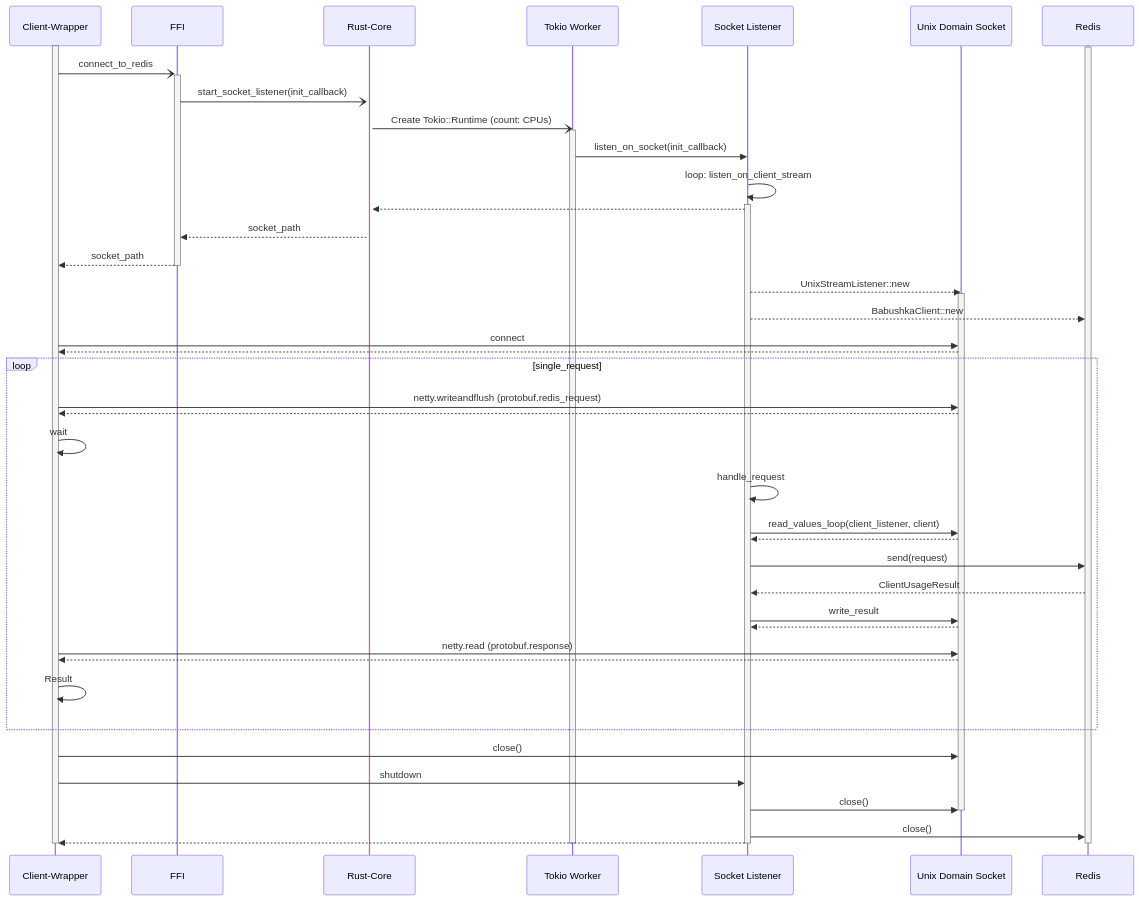
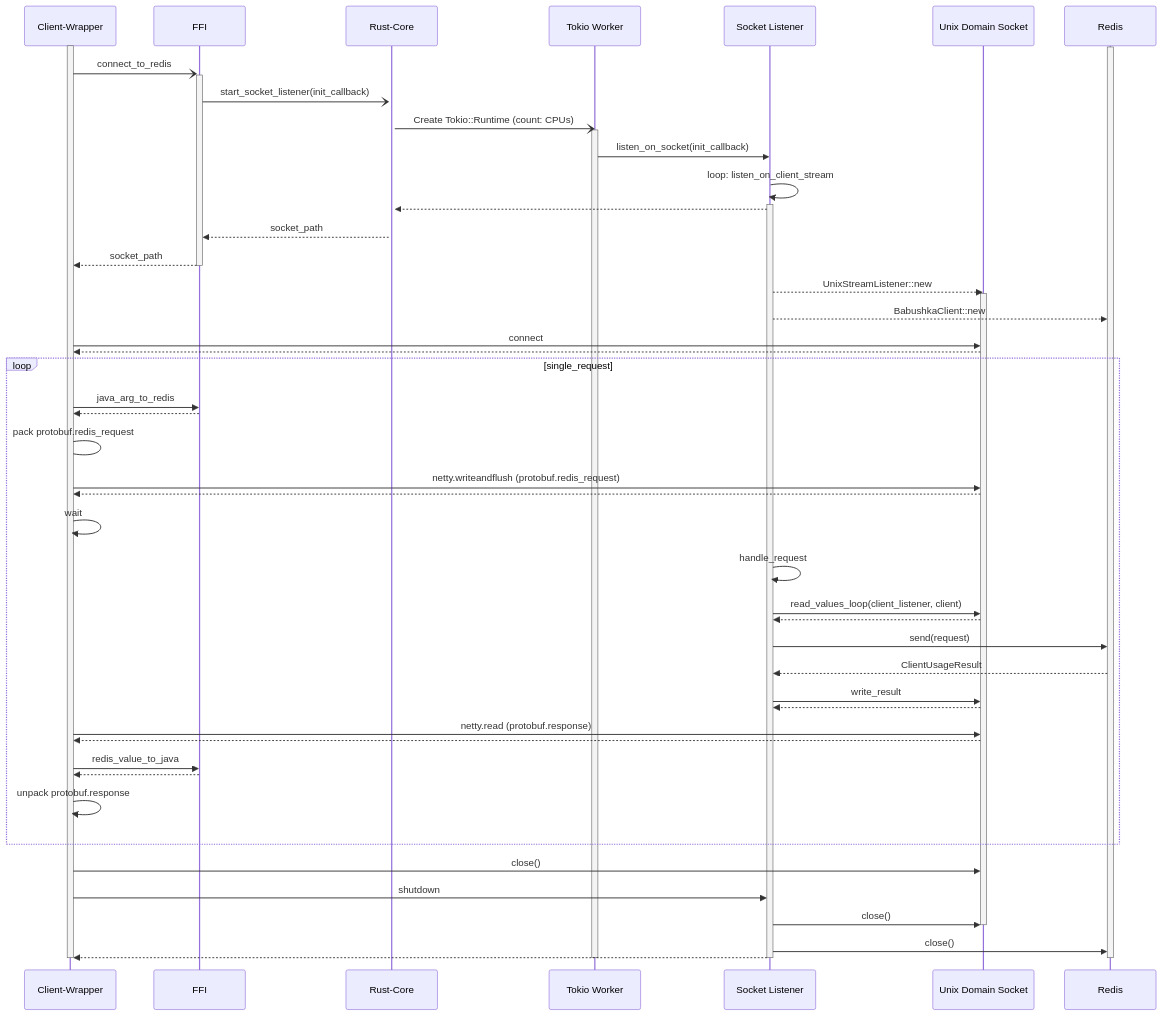
The second of 4 diagrams in docs/design-raw-ffi.md (Bit-Quill/valkey-glide), drawn with Mermaid before and after one commit. The commit also changed other lines of this file, not shown here.

Commit message:
Add Redis to Java and Go encoding

````diff
--- a/docs/design-raw-ffi.md
+++ b/docs/design-raw-ffi.md
@@ -56,54 +56,59 @@
 ```mermaid
 sequenceDiagram
 
 participant Wrapper as Client-Wrapper
 participant ffi as FFI
 participant manager as Rust-Core
 participant worker as Tokio Worker
 participant SocketListener as Socket Listener
 participant Socket as Unix Domain Socket
 participant Client as Redis
 
 activate Wrapper
 activate Client
 Wrapper -)+ ffi: connect_to_redis
 ffi -)+ manager: start_socket_listener(init_callback)
     manager -) worker: Create Tokio::Runtime (count: CPUs)
         activate worker
         worker ->> SocketListener: listen_on_socket(init_callback)
         SocketListener ->> SocketListener: loop: listen_on_client_stream
             activate SocketListener
         SocketListener -->> manager: 
     manager -->> ffi: socket_path
 ffi -->>- Wrapper: socket_path
     SocketListener -->> Socket: UnixStreamListener::new
     activate Socket
     SocketListener -->> Client: BabushkaClient::new
 Wrapper ->> Socket: connect 
     Socket -->> Wrapper: 
 loop single_request
+    Wrapper ->> ffi: java_arg_to_redis
+    ffi -->> Wrapper: 
+    Wrapper -> Wrapper: pack protobuf.redis_request
     Wrapper ->> Socket: netty.writeandflush (protobuf.redis_request)
     Socket -->> Wrapper: 
     Wrapper ->> Wrapper: wait
         SocketListener ->> SocketListener: handle_request
         SocketListener ->> Socket: read_values_loop(client_listener, client)
             Socket -->> SocketListener: 
         SocketListener ->> Client: send(request)
         Client -->> SocketListener: ClientUsageResult
         SocketListener ->> Socket: write_result
             Socket -->> SocketListener: 
     Wrapper ->> Socket: netty.read (protobuf.response)
         Socket -->> Wrapper: 
-    Wrapper ->> Wrapper: Result 
+    Wrapper ->> ffi: redis_value_to_java
+    ffi -->> Wrapper: 
+    Wrapper ->> Wrapper: unpack protobuf.response 
 end
 Wrapper ->> Socket: close() 
 Wrapper ->> SocketListener: shutdown
     SocketListener ->> Socket: close()
     deactivate Socket
     SocketListener ->> Client: close()
     SocketListener -->> Wrapper: 
     deactivate SocketListener
     deactivate worker
     deactivate Wrapper
     deactivate Client
 ```
````
